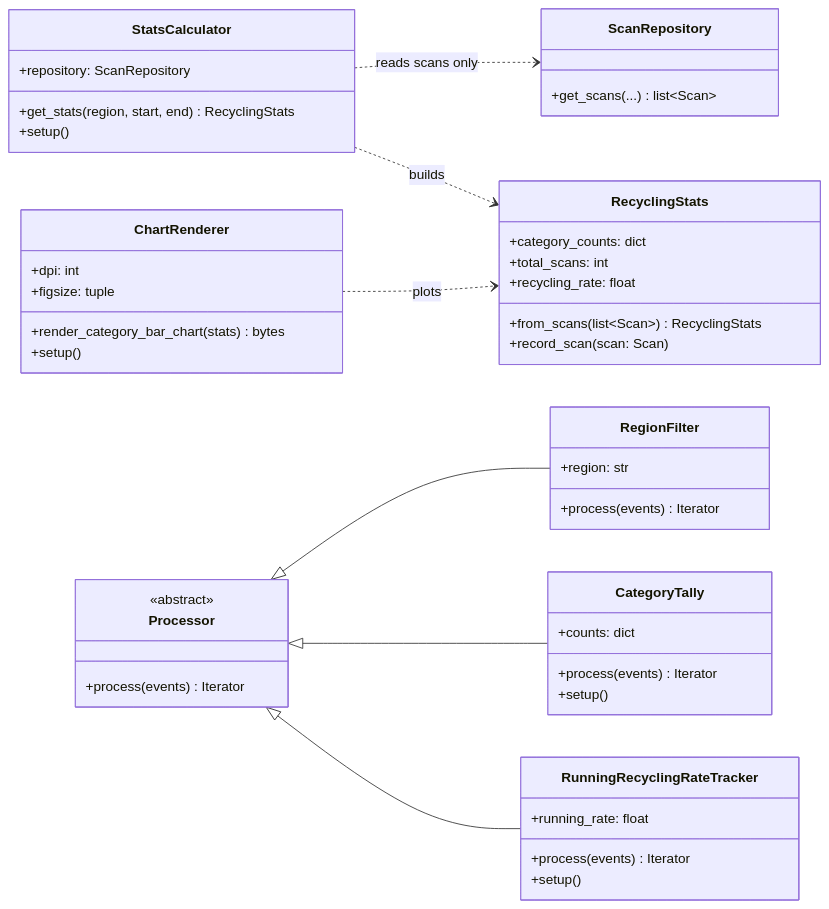
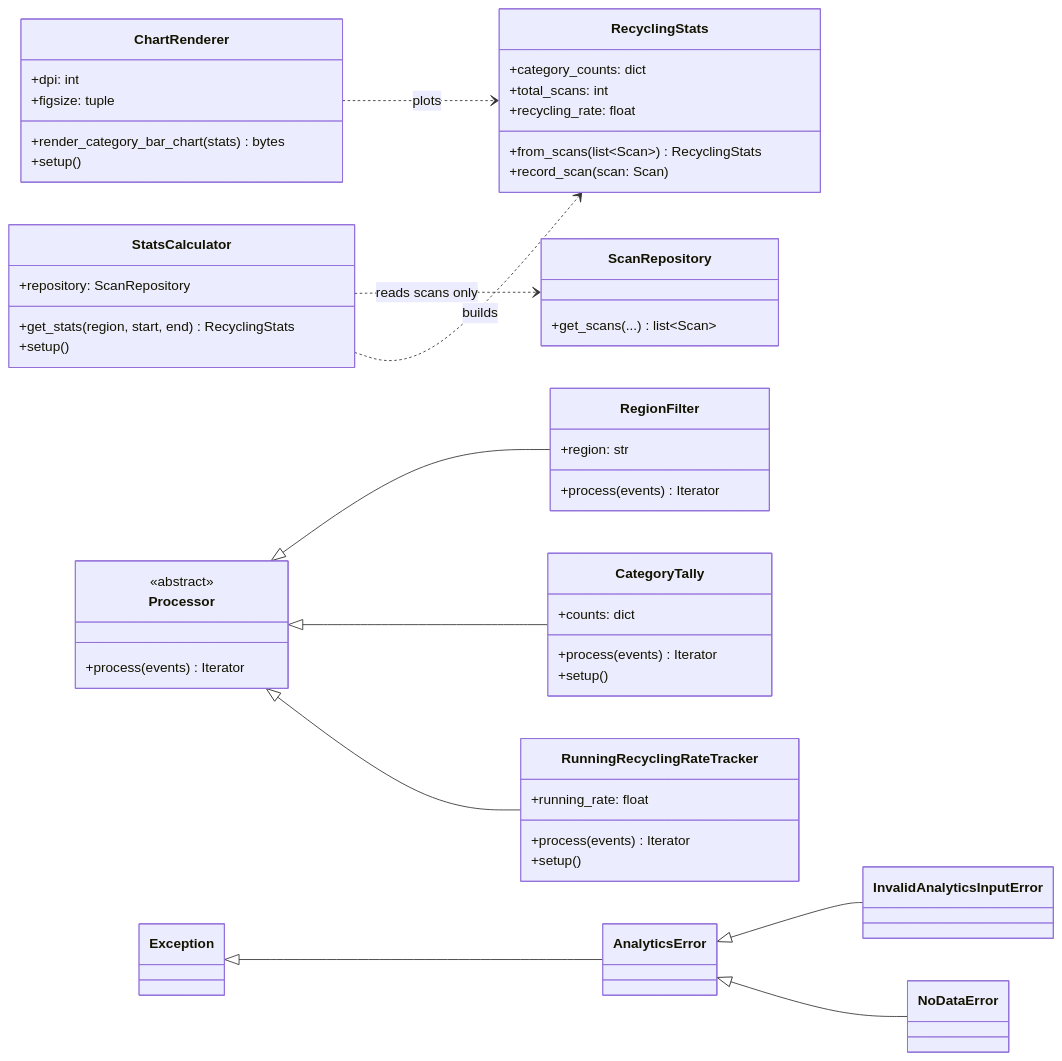
One commit to Timmyy3000/waste-sorting-assistant changed the sixth of 6 diagrams in README.md. Above: the diagram before and after it, drawn with Mermaid. The commit also changed other lines of this file and 6 other files, not shown here.

````diff
--- a/README.md
+++ b/README.md
@@ -204,49 +247,55 @@
 ```mermaid
 classDiagram
     direction LR
     class RecyclingStats {
         +category_counts: dict
         +total_scans: int
         +recycling_rate: float
         +from_scans(list~Scan~) RecyclingStats
         +record_scan(scan: Scan)
     }
     class StatsCalculator {
         +repository: ScanRepository
         +get_stats(region, start, end) RecyclingStats
         +setup()
     }
     class ChartRenderer {
         +dpi: int
         +figsize: tuple
         +render_category_bar_chart(stats) bytes
         +setup()
     }
     class Processor {
         <<abstract>>
         +process(events) Iterator
     }
     class RegionFilter {
         +region: str
         +process(events) Iterator
     }
     class CategoryTally {
         +counts: dict
         +process(events) Iterator
         +setup()
     }
     class RunningRecyclingRateTracker {
         +running_rate: float
         +process(events) Iterator
         +setup()
     }
     class ScanRepository {
         +get_scans(...) list~Scan~
     }
+    class AnalyticsError
+    class InvalidAnalyticsInputError
+    class NoDataError
     Processor <|-- RegionFilter
     Processor <|-- CategoryTally
     Processor <|-- RunningRecyclingRateTracker
+    Exception <|-- AnalyticsError
+    AnalyticsError <|-- InvalidAnalyticsInputError
+    AnalyticsError <|-- NoDataError
     StatsCalculator ..> ScanRepository : reads scans only
     StatsCalculator ..> RecyclingStats : builds
     ChartRenderer ..> RecyclingStats : plots
 ```
````
